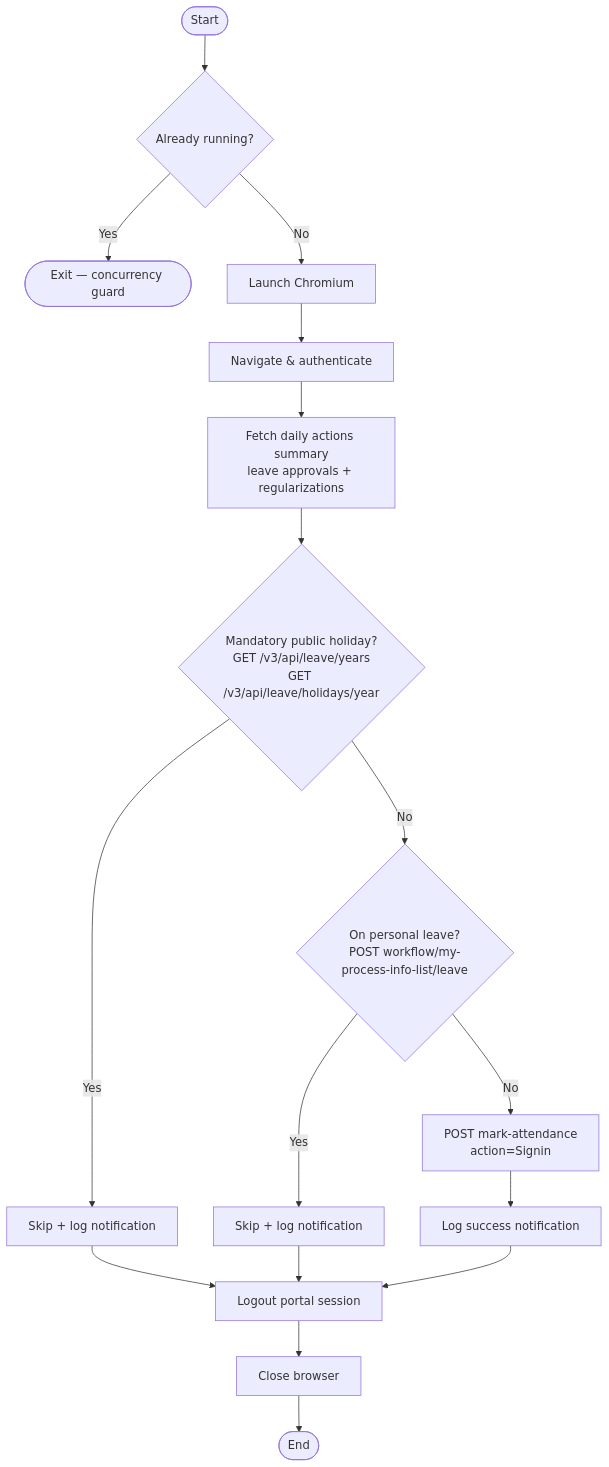
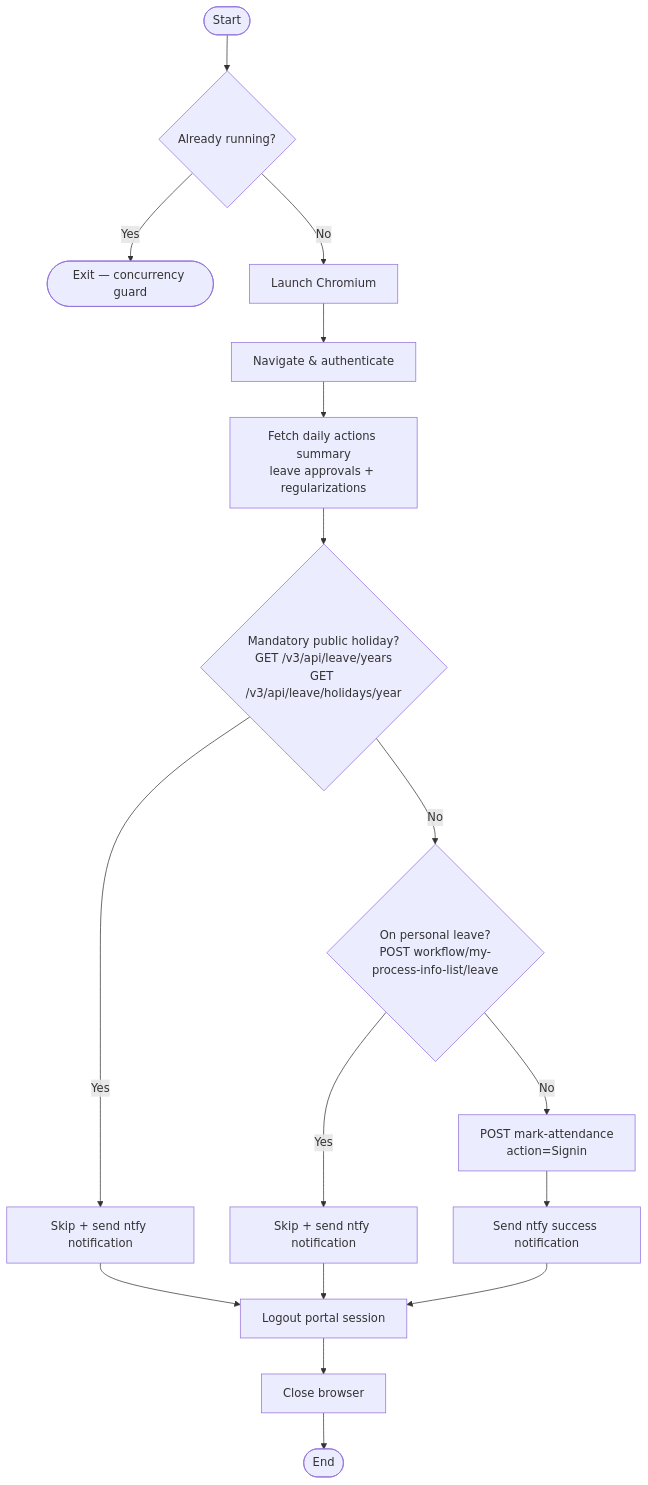
One commit to akhilsuresh212/auto-login changed the first of 2 diagrams in README.md. Above: the diagram before and after it, drawn with Mermaid. The commit also changed other lines of this file and 4 other files, not shown here.

Commit message:
chore(notification): send notification on application startup, updated documentation with latest changes'

````diff
--- a/README.md
+++ b/README.md
@@ -184,17 +209,17 @@
 ```mermaid
 flowchart TD
     A([Start]) --> B{Already running?}
     B -- Yes --> Z([Exit — concurrency guard])
     B -- No --> C[Launch Chromium]
     C --> D[Navigate & authenticate]
     D --> E[Fetch daily actions summary\nleave approvals + regularizations]
     E --> F{Mandatory public holiday?\nGET /v3/api/leave/years\nGET /v3/api/leave/holidays/year}
-    F -- Yes --> G[Skip + log notification]
+    F -- Yes --> G[Skip + send ntfy notification]
     F -- No --> H{On personal leave?\nPOST workflow/my-process-info-list/leave}
-    H -- Yes --> I[Skip + log notification]
+    H -- Yes --> I[Skip + send ntfy notification]
     H -- No --> J[POST mark-attendance\naction=Signin]
-    J --> K[Log success notification]
+    J --> K[Send ntfy success notification]
     G & I & K --> L[Logout portal session]
     L --> M[Close browser]
     M --> N([End])
 ```
````
